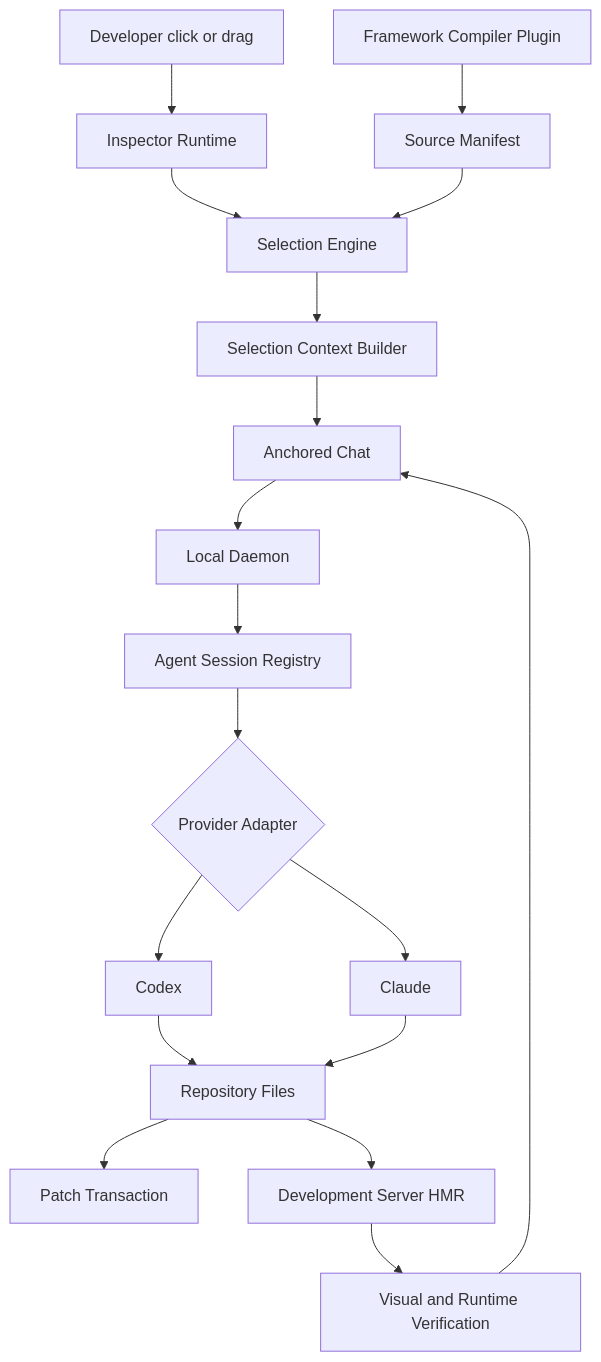
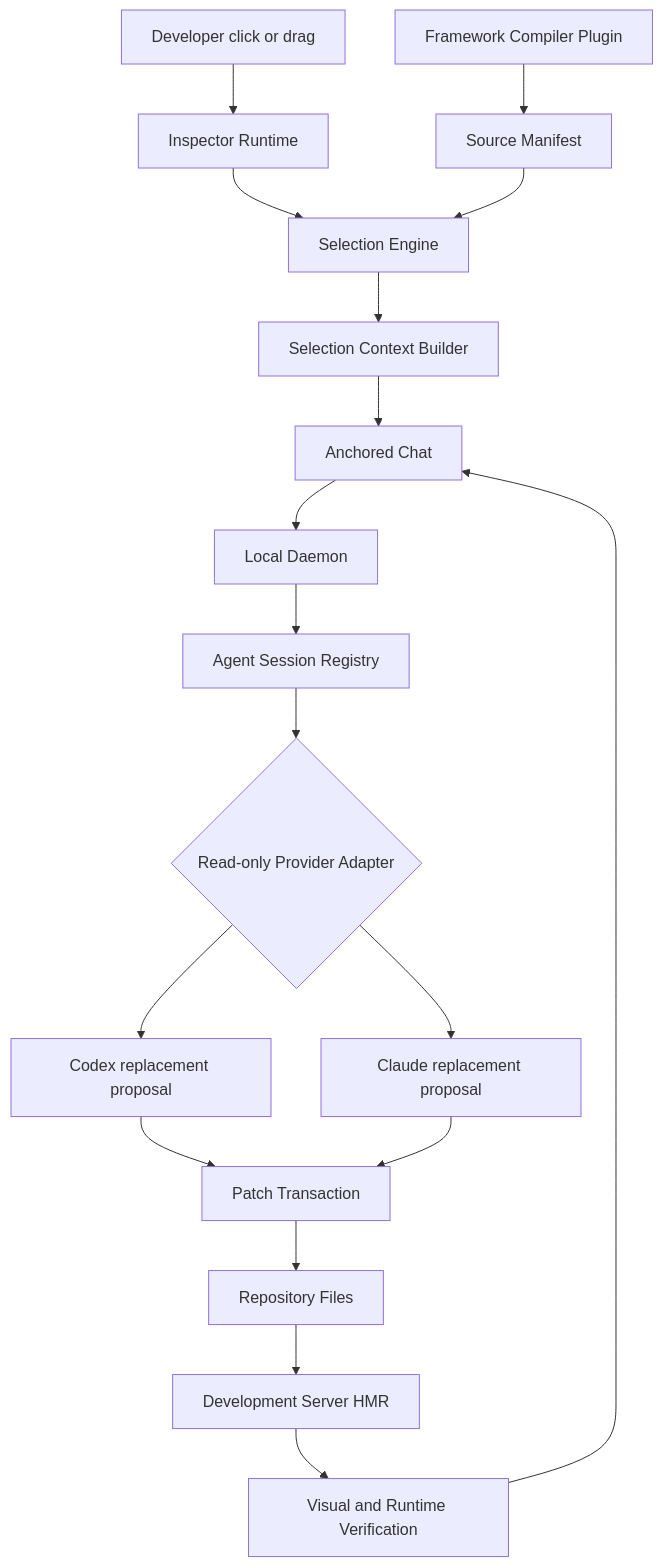
One commit to TQCuong241/PatchLens-AI changed the first of 2 diagrams in PATCHLENS_IMPLEMENTATION_PLAN.md. Above: the diagram before and after it, drawn with Mermaid. The commit also changed other lines of this file and 33 other files, not shown here.

````diff
--- a/PATCHLENS_IMPLEMENTATION_PLAN.md
+++ b/PATCHLENS_IMPLEMENTATION_PLAN.md
@@ -90,20 +109,20 @@
 ```mermaid
 flowchart TD
     User["Developer click or drag"] --> Inspector["Inspector Runtime"]
     Compiler["Framework Compiler Plugin"] --> Manifest["Source Manifest"]
     Inspector --> Engine["Selection Engine"]
     Manifest --> Engine
     Engine --> Context["Selection Context Builder"]
     Context --> Chat["Anchored Chat"]
     Chat --> Daemon["Local Daemon"]
     Daemon --> Sessions["Agent Session Registry"]
-    Sessions --> Provider{"Provider Adapter"}
-    Provider --> Codex["Codex"]
-    Provider --> Claude["Claude"]
-    Codex --> Repository["Repository Files"]
-    Claude --> Repository
-    Repository --> Transaction["Patch Transaction"]
+    Sessions --> Provider{"Read-only Provider Adapter"}
+    Provider --> Codex["Codex replacement proposal"]
+    Provider --> Claude["Claude replacement proposal"]
+    Codex --> Transaction["Patch Transaction"]
+    Claude --> Transaction
+    Transaction --> Repository["Repository Files"]
     Repository --> HMR["Development Server HMR"]
     HMR --> Verify["Visual and Runtime Verification"]
     Verify --> Chat
 ```
````
